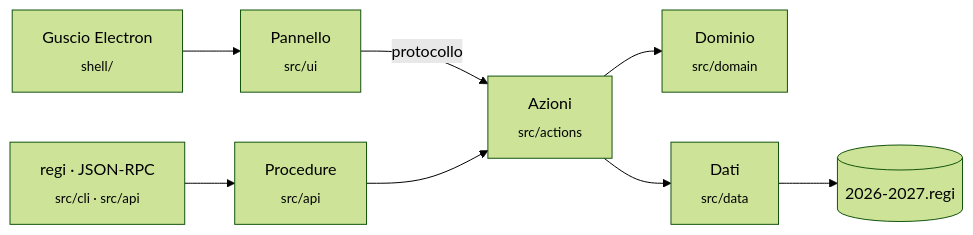
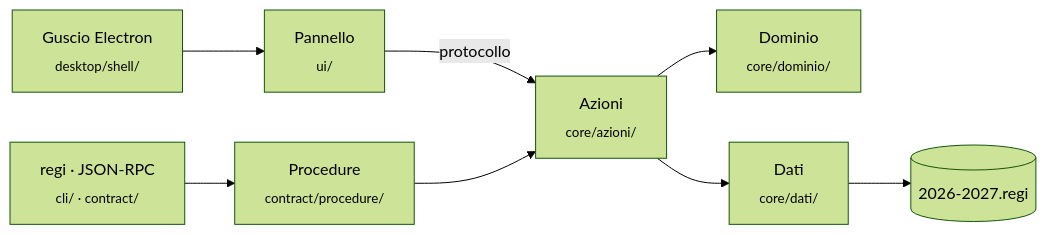
The diagram in README.md (nabre/Registro), drawn with Mermaid (forest theme) before and after one commit. The commit also changed other lines of this file and 50 other files, not shown here.

````diff
--- a/README.md
+++ b/README.md
@@ -172,10 +172,10 @@
 ```mermaid
 flowchart LR
-    UI["Pannello<br/><sub>src/ui</sub>"] -- protocollo --> A["Azioni<br/><sub>src/actions</sub>"]
-    CLI["regi · JSON-RPC<br/><sub>src/cli · src/api</sub>"] --> API["Procedure<br/><sub>src/api</sub>"]
+    UI["Pannello<br/><sub>ui/</sub>"] -- protocollo --> A["Azioni<br/><sub>core/azioni/</sub>"]
+    CLI["regi · JSON-RPC<br/><sub>cli/ · contract/</sub>"] --> API["Procedure<br/><sub>contract/procedure/</sub>"]
     API --> A
-    A --> D["Dominio<br/><sub>src/domain</sub>"]
-    A --> DATA["Dati<br/><sub>src/data</sub>"]
+    A --> D["Dominio<br/><sub>core/dominio/</sub>"]
+    A --> DATA["Dati<br/><sub>core/dati/</sub>"]
     DATA --> F[("2026-2027.regi")]
-    SHELL["Guscio Electron<br/><sub>shell/</sub>"] --> UI
+    SHELL["Guscio Electron<br/><sub>desktop/shell/</sub>"] --> UI
 ```
````
